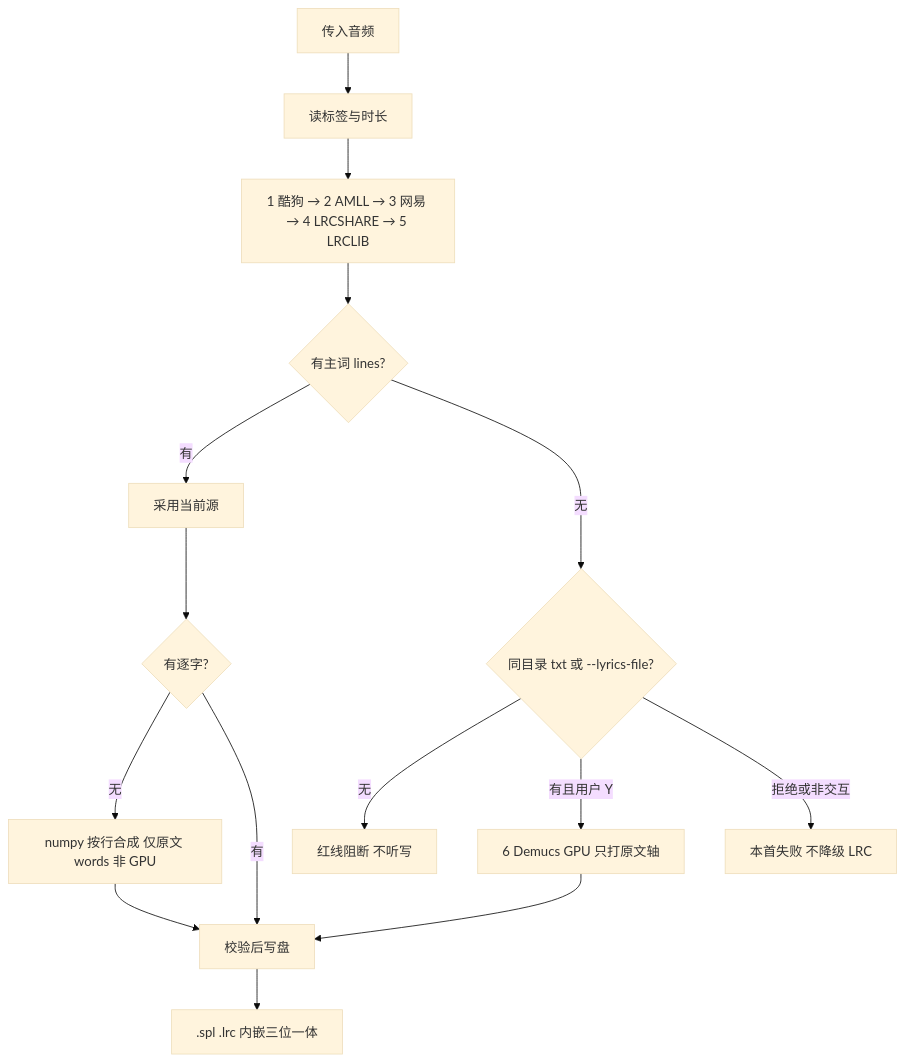
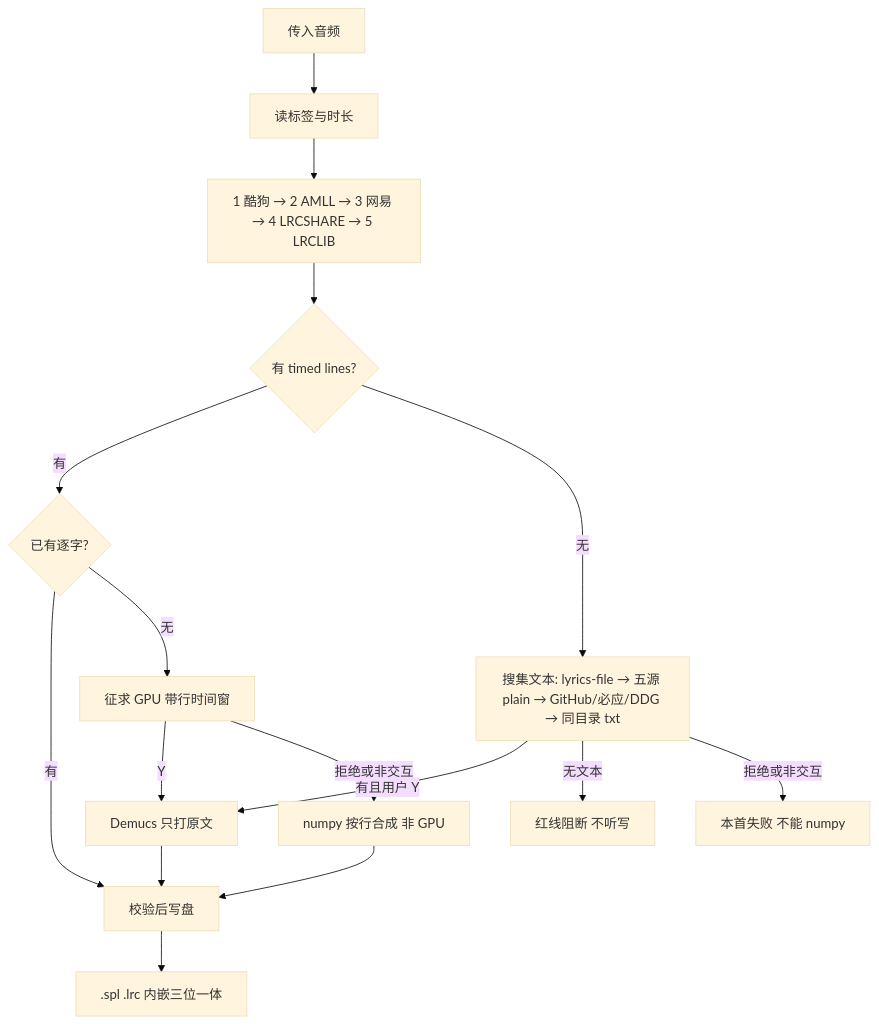
Before and after one commit to sxsxhhi/music-tag-lyrics: the diagram in SKILL.md, drawn with Mermaid (base theme). The commit also changed other lines of this file and 8 other files, not shown here.

````diff
--- a/SKILL.md
+++ b/SKILL.md
@@ -16,17 +16,18 @@
 ```mermaid
 flowchart TD
   Start[传入音频] --> Read[读标签与时长]
   Read --> Ladder["1 酷狗 → 2 AMLL → 3 网易 → 4 LRCSHARE → 5 LRCLIB"]
-  Ladder --> HasMain{有主词 lines?}
-  HasMain -->|有| Keep[采用当前源]
-  HasMain -->|无| NeedTxt{同目录 txt 或 --lyrics-file?}
-  NeedTxt -->|无| Block[红线阻断 不听写]
-  NeedTxt -->|有且用户 Y| GPU[6 Demucs GPU 只打原文轴]
-  NeedTxt -->|拒绝或非交互| Fail[本首失败 不降级 LRC]
-  Keep --> Words{有逐字?}
-  Words -->|无| Synth[numpy 按行合成 仅原文 words 非 GPU]
+  Ladder --> HasLines{有 timed lines?}
+  HasLines -->|有| Words{已有逐字?}
   Words -->|有| Valid[校验后写盘]
+  Words -->|无| AskLine[征求 GPU 带行时间窗]
+  AskLine -->|Y| GPU[Demucs 只打原文]
+  AskLine -->|拒绝或非交互| Synth[numpy 按行合成 非 GPU]
+  HasLines -->|无| Text["搜集文本: lyrics-file → 五源 plain → GitHub/必应/DDG → 同目录 txt"]
+  Text -->|有且用户 Y| GPU
+  Text -->|无文本| Block[红线阻断 不听写]
+  Text -->|拒绝或非交互| Fail[本首失败 不能 numpy]
+  GPU --> Valid
   Synth --> Valid
-  GPU --> Valid
   Valid --> Out[".spl .lrc 内嵌三位一体"]
 ```
````
